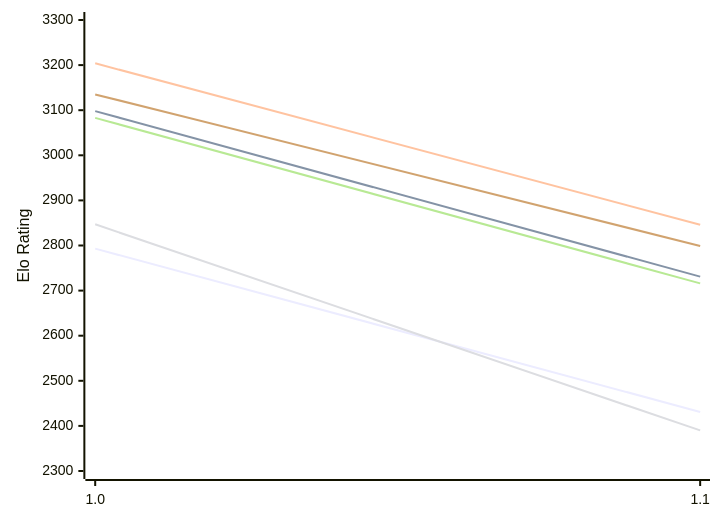
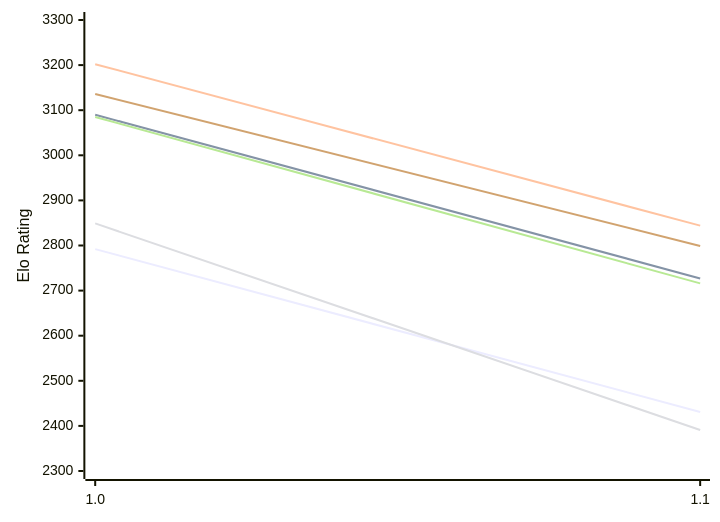
One commit to computer-chess-index/cci changed the first of 2 diagrams in engines/Publius.md. Above: the diagram before and after it, drawn with Mermaid. The commit also changed other lines of this file, not shown here.

Commit message:
Update CCI Ratings (ELO VLTC) - 2026-11-28

````diff
--- a/engines/Publius.md
+++ b/engines/Publius.md
@@ -50,12 +50,12 @@
 ```mermaid
 %%{init: {"theme":"base","themeVariables":{"seriesColors:['#a3a3a3','#222221','#faa371']}}}%%
 xychart-beta
   x-axis ["1.0", "1.1"]
   y-axis "Elo Rating" 2300 --> 3300
-  line "E1: STC (8.0+0.08s)" [2793, 2431]
-  line "E1: LTC (60.0+0.60s)" [3098, 2731]
-  line "E1: VLTC (2m24s+1.12s)" [3204, 2846]
-  line "P1: STC (8.0+0.08s)" [2847, 2390]
-  line "P1: LTC (60.0+0.60s)" [3083, 2716]
-  line "P1: VLTC (2m24s+1.12s)" [3135, 2799]
+  line "E1: STC (8.0+0.08s)" [2792, 2431]
+  line "E1: LTC (60.0+0.60s)" [3090, 2727]
+  line "E1: VLTC (2m24s+1.12s)" [3202, 2844]
+  line "P1: STC (8.0+0.08s)" [2849, 2391]
+  line "P1: LTC (60.0+0.60s)" [3085, 2716]
+  line "P1: VLTC (2m24s+1.12s)" [3136, 2799]
 ```
````
